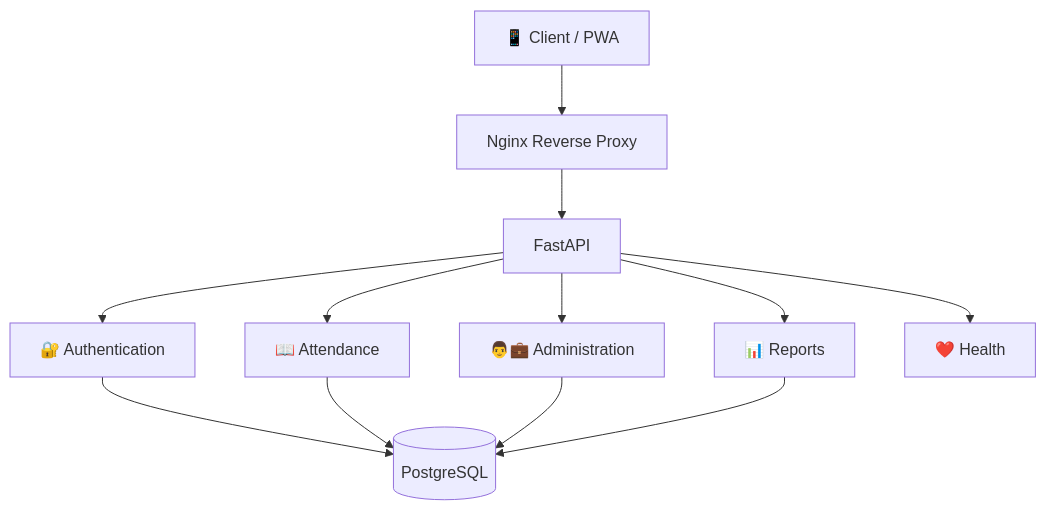
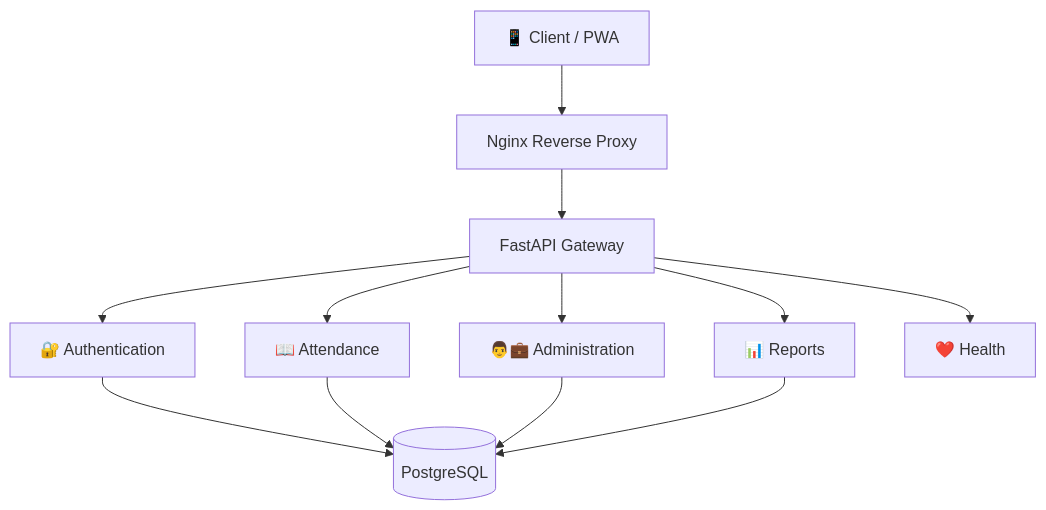
Before and after one commit to Saralfury/knmiet-connect: the seventh of 7 diagrams in README.md, drawn with Mermaid. The commit also changed other lines of this file, not shown here.

Commit message:
docs: Completely restore and expand README to flagship 42-section architecture-first format

````diff
--- a/README.md
+++ b/README.md
@@ -1543,37 +495,26 @@
 ```mermaid
 flowchart TD
 
 Client[📱 Client / PWA]
+Nginx[Nginx Reverse Proxy]
+FastAPI[FastAPI Gateway]
+Auth["🔐 Authentication"]
+Attendance["📖 Attendance"]
+Admin["👨💼 Administration"]
+Reports["📊 Reports"]
+Health["❤️ Health"]
+DB[(PostgreSQL)]
 
--->Nginx[Nginx Reverse Proxy]
+Client --> Nginx
+Nginx --> FastAPI
+FastAPI --> Auth
+FastAPI --> Attendance
+FastAPI --> Admin
+FastAPI --> Reports
+FastAPI --> Health
 
--->FastAPI
-
-FastAPI
-
--->Auth["🔐 Authentication"]
-
-FastAPI
-
--->Attendance["📖 Attendance"]
-
-FastAPI
-
--->Admin["👨💼 Administration"]
-
-FastAPI
-
--->Reports["📊 Reports"]
-
-FastAPI
-
--->Health["❤️ Health"]
-
-Auth --> PostgreSQL[(PostgreSQL)]
-
-Attendance --> PostgreSQL
-
-Admin --> PostgreSQL
-
-Reports --> PostgreSQL
+Auth --> DB
+Attendance --> DB
+Admin --> DB
+Reports --> DB
 ```
````
